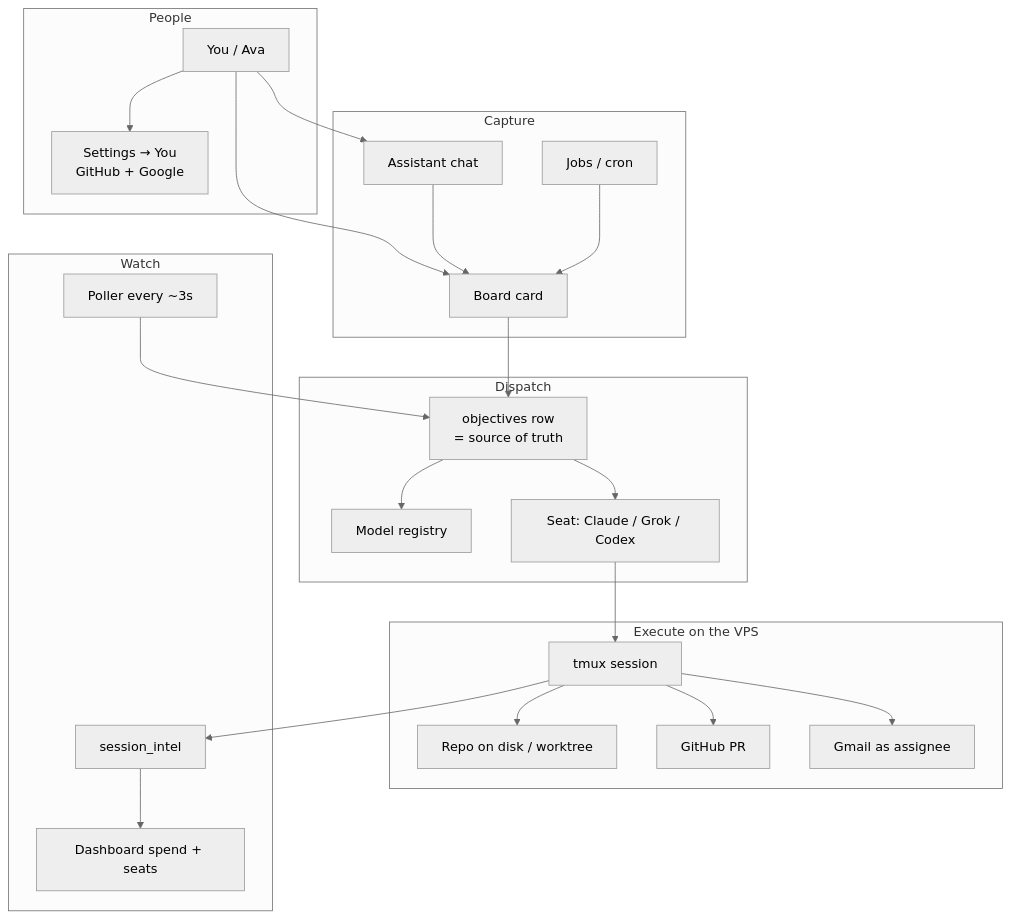
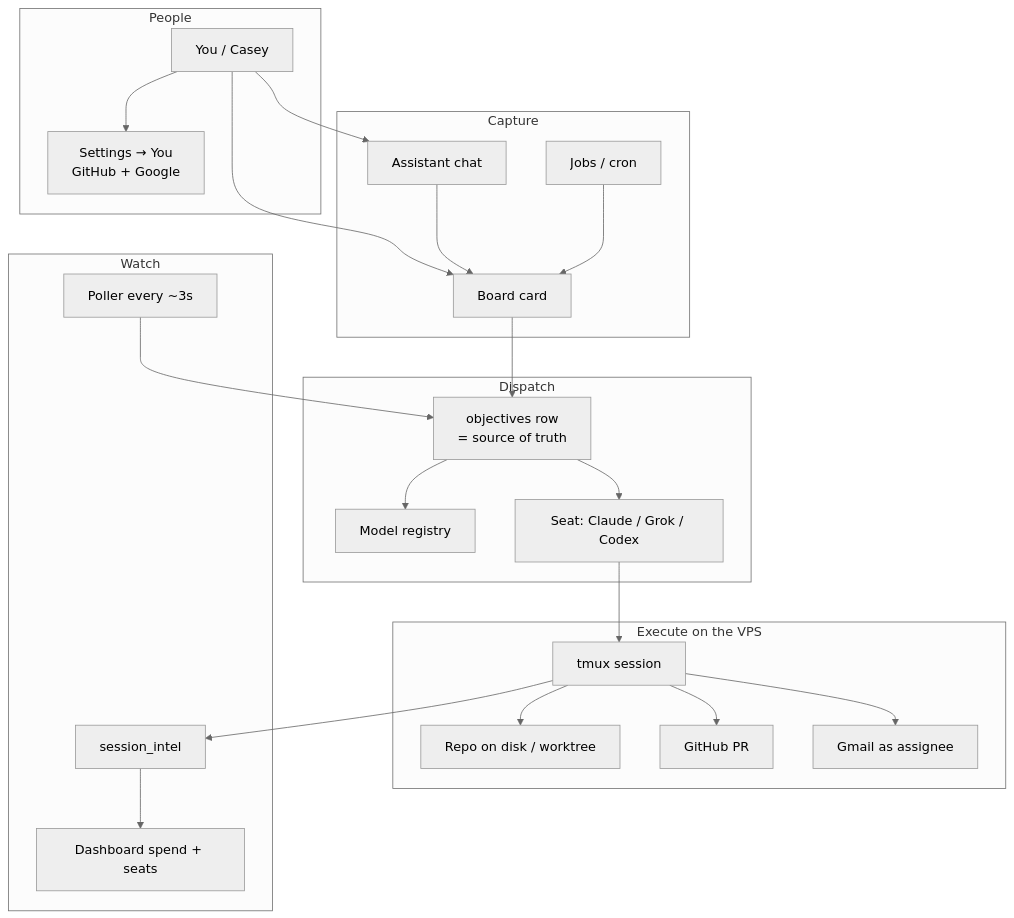
The diagram in docs/product/01-what-it-is.md (m1keluka/OperationKit), drawn with Mermaid (neutral theme) before and after one commit. The commit also changed other lines of this file and 335 other files, not shown here.

````diff
--- a/docs/product/01-what-it-is.md
+++ b/docs/product/01-what-it-is.md
@@ -7,47 +7,47 @@
 ```mermaid
 flowchart TB
   subgraph people["People"]
-    You["You / Ava"]
+    You["You / Casey"]
     Settings["Settings → You\nGitHub + Google"]
     You --> Settings
   end
 
   subgraph capture["Capture"]
     Board["Board card"]
     Assistant["Assistant chat"]
     Jobs["Jobs / cron"]
     You --> Board
     You --> Assistant
     Assistant --> Board
     Jobs --> Board
   end
 
   subgraph dispatch["Dispatch"]
     Obj["objectives row\n= source of truth"]
     Model["Model registry"]
     Seat["Seat: Claude / Grok / Codex"]
     Board --> Obj
     Obj --> Model
     Obj --> Seat
   end
 
   subgraph execute["Execute on the VPS"]
     Tmux["tmux session"]
     Repo["Repo on disk / worktree"]
     PR["GitHub PR"]
     Mail["Gmail as assignee"]
     Seat --> Tmux
     Tmux --> Repo
     Tmux --> PR
     Tmux --> Mail
   end
 
   subgraph watch["Watch"]
     Poller["Poller every ~3s"]
     Intel["session_intel"]
     Dash["Dashboard spend + seats"]
     Poller --> Obj
     Tmux --> Intel
     Intel --> Dash
   end
 ```
````
